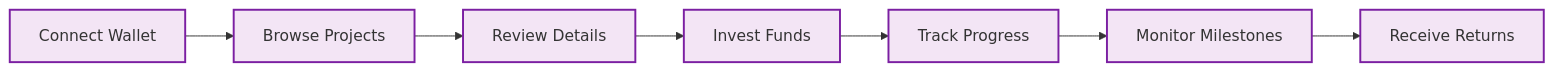
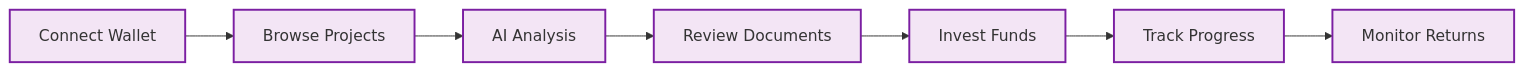
Before and after one commit to onecosmik/money-mule: the third of 3 diagrams in README.md, drawn with Mermaid. The commit also changed other lines of this file, not shown here.

````diff
--- a/README.md
+++ b/README.md
@@ -258,12 +258,12 @@
 ```mermaid
 graph LR
     A[Connect Wallet] --> B[Browse Projects]
-    B --> C[Review Details]
-    C --> D[Invest Funds]
-    D --> E[Track Progress]
-    E --> F[Monitor Milestones]
-    F --> G[Receive Returns]
+    B --> C[AI Analysis]
+    C --> D[Review Documents]
+    D --> E[Invest Funds]
+    E --> F[Track Progress]
+    F --> G[Monitor Returns]
 
     classDef investor fill:#f3e5f5,stroke:#7b1fa2,stroke-width:2px
     class A,B,C,D,E,F,G investor
 ```
````
